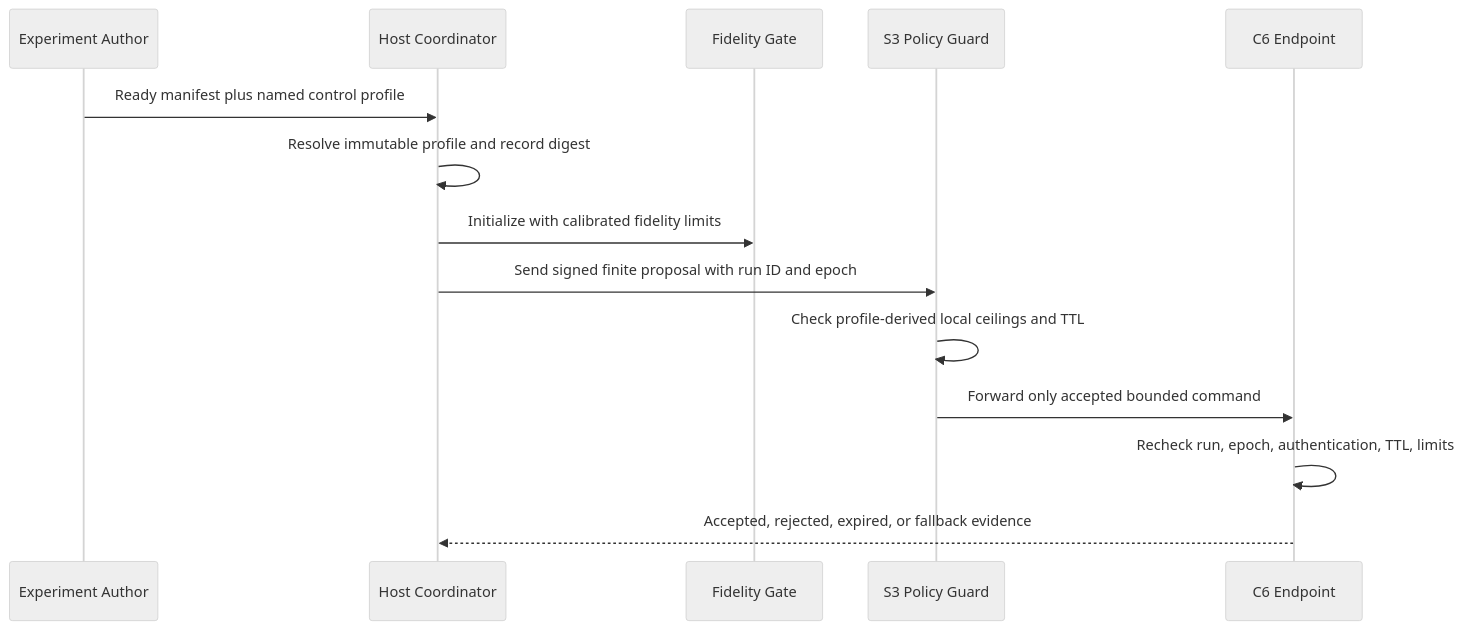
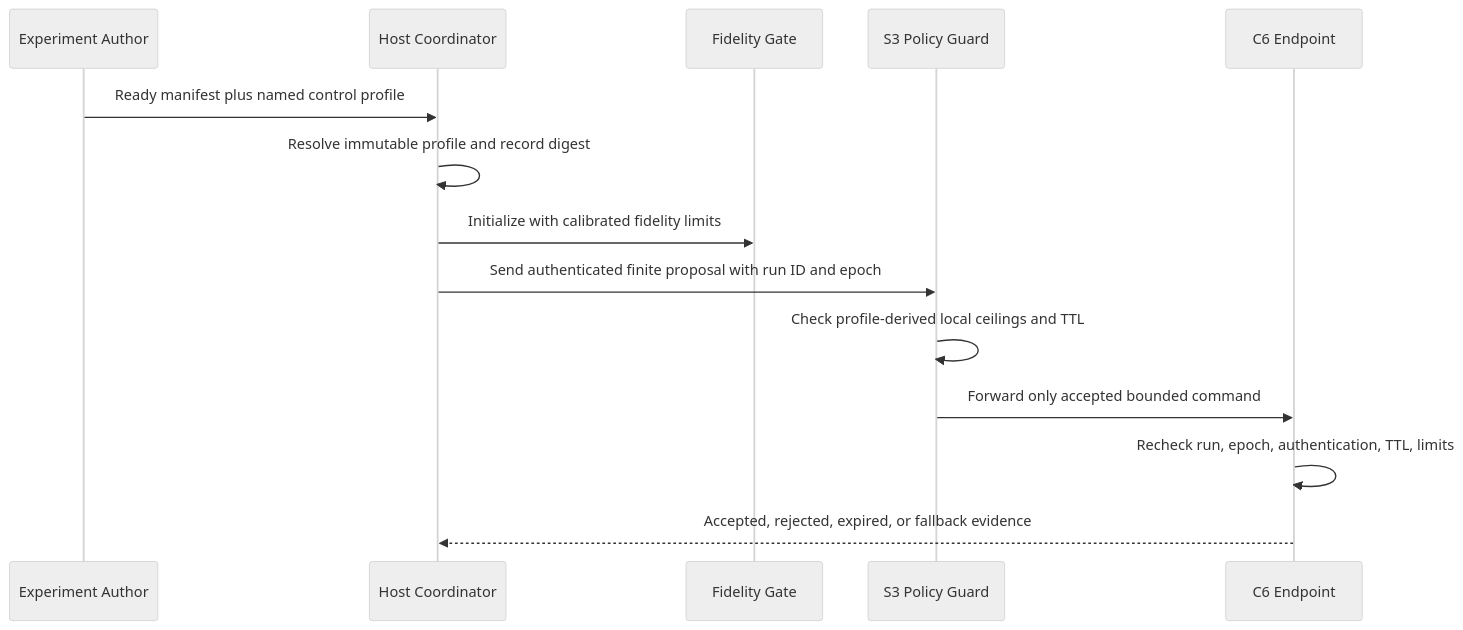
The second of 2 diagrams in DESIGN.md (Reinathanajah/CLDT-Thread), drawn with Mermaid (neutral theme) before and after one commit. The commit also changed other lines of this file and 3 other files, not shown here.

````diff
--- a/DESIGN.md
+++ b/DESIGN.md
@@ -185,17 +185,17 @@
 ```mermaid
 sequenceDiagram
     participant Author as Experiment Author
     participant Host as Host Coordinator
     participant Gate as Fidelity Gate
     participant Guard as S3 Policy Guard
     participant Endpoint as C6 Endpoint
 
     Author->>Host: Ready manifest plus named control profile
     Host->>Host: Resolve immutable profile and record digest
     Host->>Gate: Initialize with calibrated fidelity limits
-    Host->>Guard: Send signed finite proposal with run ID and epoch
+    Host->>Guard: Send authenticated finite proposal with run ID and epoch
     Guard->>Guard: Check profile-derived local ceilings and TTL
     Guard->>Endpoint: Forward only accepted bounded command
     Endpoint->>Endpoint: Recheck run, epoch, authentication, TTL, limits
     Endpoint-->>Host: Accepted, rejected, expired, or fallback evidence
 ```
````
